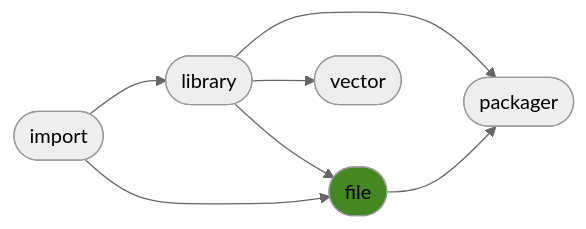
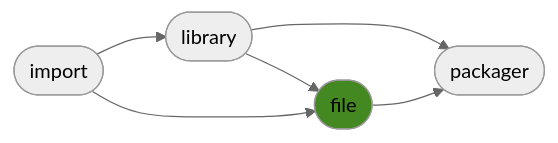
One commit to ManderaGeneral/generalfile changed the diagram in README.md. Above: the diagram before and after it, drawn with Mermaid (neutral theme). The commit also changed other lines of this file and 4 other files, not shown here.

````diff
--- a/README.md
+++ b/README.md
@@ -24,15 +24,13 @@
 ```mermaid
 flowchart LR
+2([file]) --> 3([packager])
+1([library]) --> 3([packager])
 0([import]) --> 1([library])
+1([library]) --> 2([file])
 0([import]) --> 2([file])
-1([library]) --> 4([packager])
-1([library]) --> 3([vector])
-1([library]) --> 2([file])
-2([file]) --> 4([packager])
 click 0 "https://github.com/ManderaGeneral/generalimport"
 click 1 "https://github.com/ManderaGeneral/generallibrary"
 click 2 "https://github.com/ManderaGeneral/generalfile"
-click 3 "https://github.com/ManderaGeneral/generalvector"
-click 4 "https://github.com/ManderaGeneral/generalpackager"
+click 3 "https://github.com/ManderaGeneral/generalpackager"
 style 2 fill:#482
 ```
````
